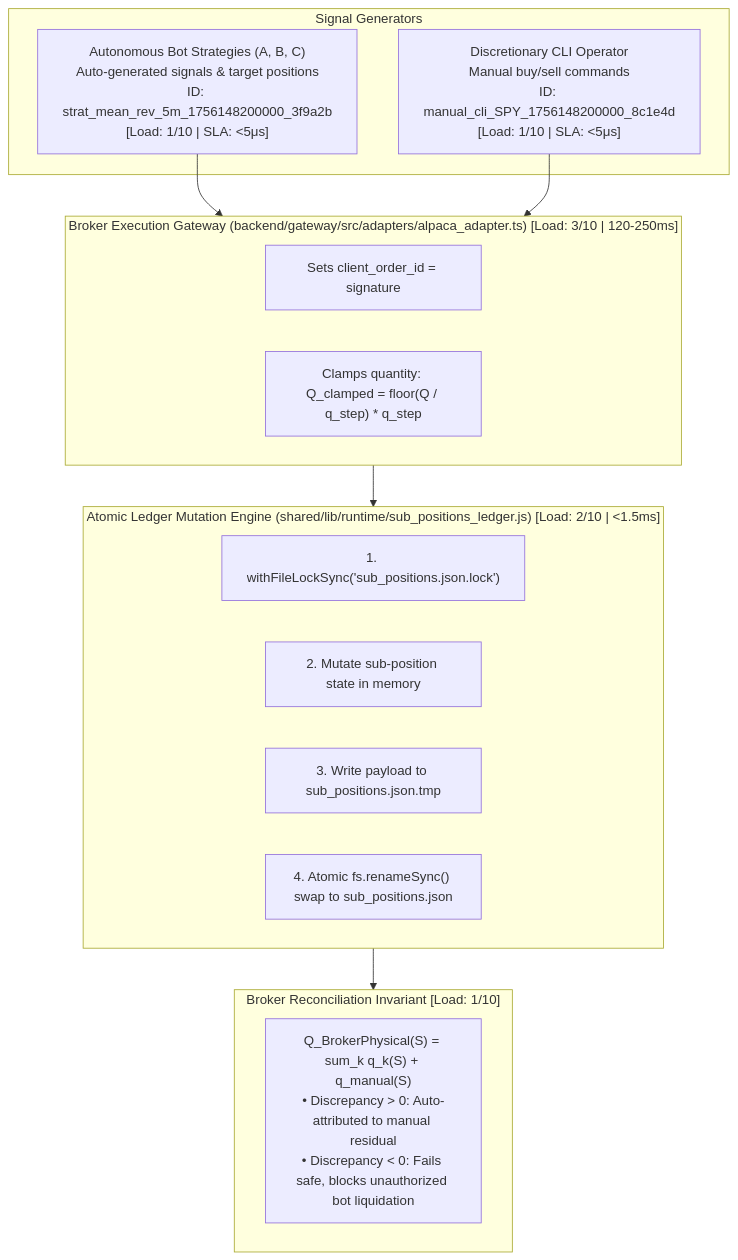
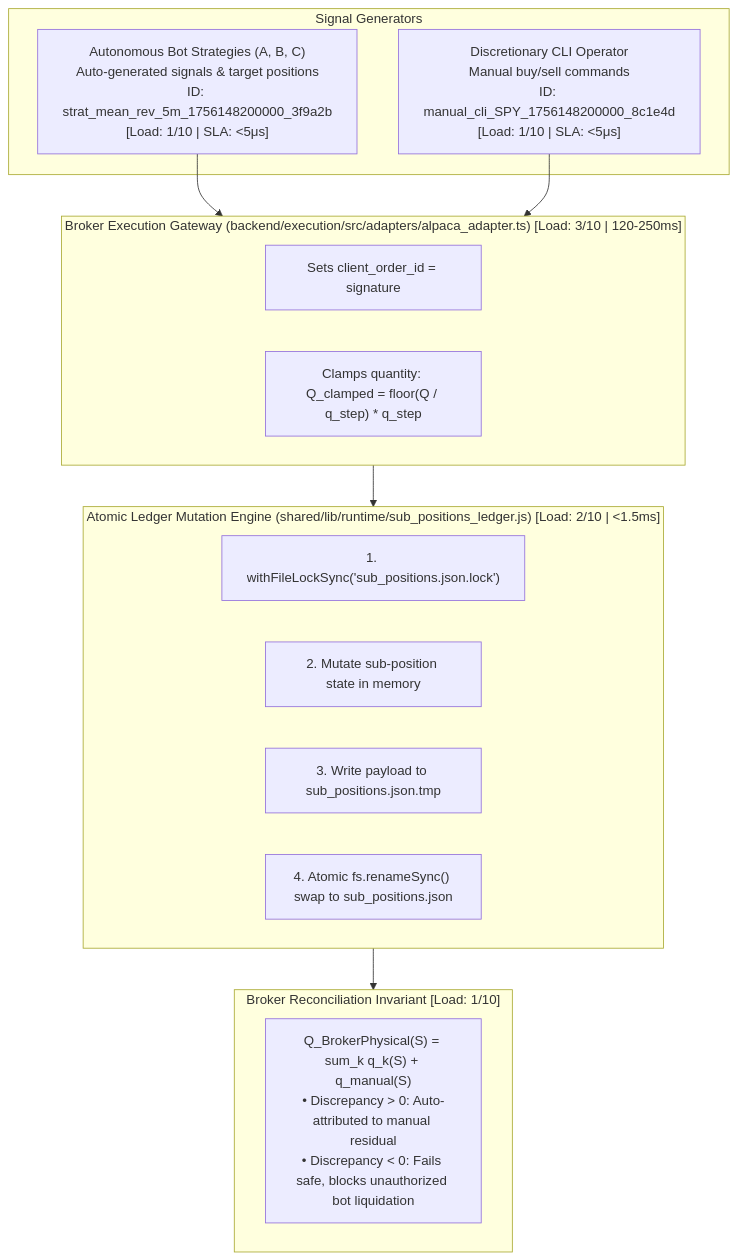
Before and after one commit to vgbn2/personal_finance_draft: the first of 5 diagrams in docs/explanation/architecture/05_sub_positions_and_risk_ledger.md, drawn with Mermaid. The commit also changed other lines of this file and 178 other files, not shown here.

````diff
--- a/docs/explanation/architecture/05_sub_positions_and_risk_ledger.md
+++ b/docs/explanation/architecture/05_sub_positions_and_risk_ledger.md
@@ -13,28 +13,28 @@
 ```mermaid
 flowchart TD
     subgraph Senders["Signal Generators"]
         BOTS["Autonomous Bot Strategies (A, B, C)<br/>Auto-generated signals & target positions<br/>ID: strat_mean_rev_5m_1756148200000_3f9a2b<br/>[Load: 1/10 | SLA: <5μs]"]
         CLI["Discretionary CLI Operator<br/>Manual buy/sell commands<br/>ID: manual_cli_SPY_1756148200000_8c1e4d<br/>[Load: 1/10 | SLA: <5μs]"]
     end
 
-    subgraph Broker["Broker Execution Gateway (backend/gateway/src/adapters/alpaca_adapter.ts) [Load: 3/10 | 120-250ms]"]
+    subgraph Broker["Broker Execution Gateway (backend/execution/src/adapters/alpaca_adapter.ts) [Load: 3/10 | 120-250ms]"]
         B1["Sets client_order_id = signature"]
         B2["Clamps quantity: Q_clamped = floor(Q / q_step) * q_step"]
     end
 
     subgraph Ledger["Atomic Ledger Mutation Engine (shared/lib/runtime/sub_positions_ledger.js) [Load: 2/10 | <1.5ms]"]
         L1["1. withFileLockSync('sub_positions.json.lock')"]
         L2["2. Mutate sub-position state in memory"]
         L3["3. Write payload to sub_positions.json.tmp"]
         L4["4. Atomic fs.renameSync() swap to sub_positions.json"]
     end
 
     subgraph Invariant["Broker Reconciliation Invariant [Load: 1/10]"]
         INV["Q_BrokerPhysical(S) = sum_k q_k(S) + q_manual(S)<br/>• Discrepancy > 0: Auto-attributed to manual residual<br/>• Discrepancy < 0: Fails safe, blocks unauthorized bot liquidation"]
     end
 
     BOTS --> Broker
     CLI --> Broker
     Broker --> Ledger
     Ledger --> Invariant
 ```
````
